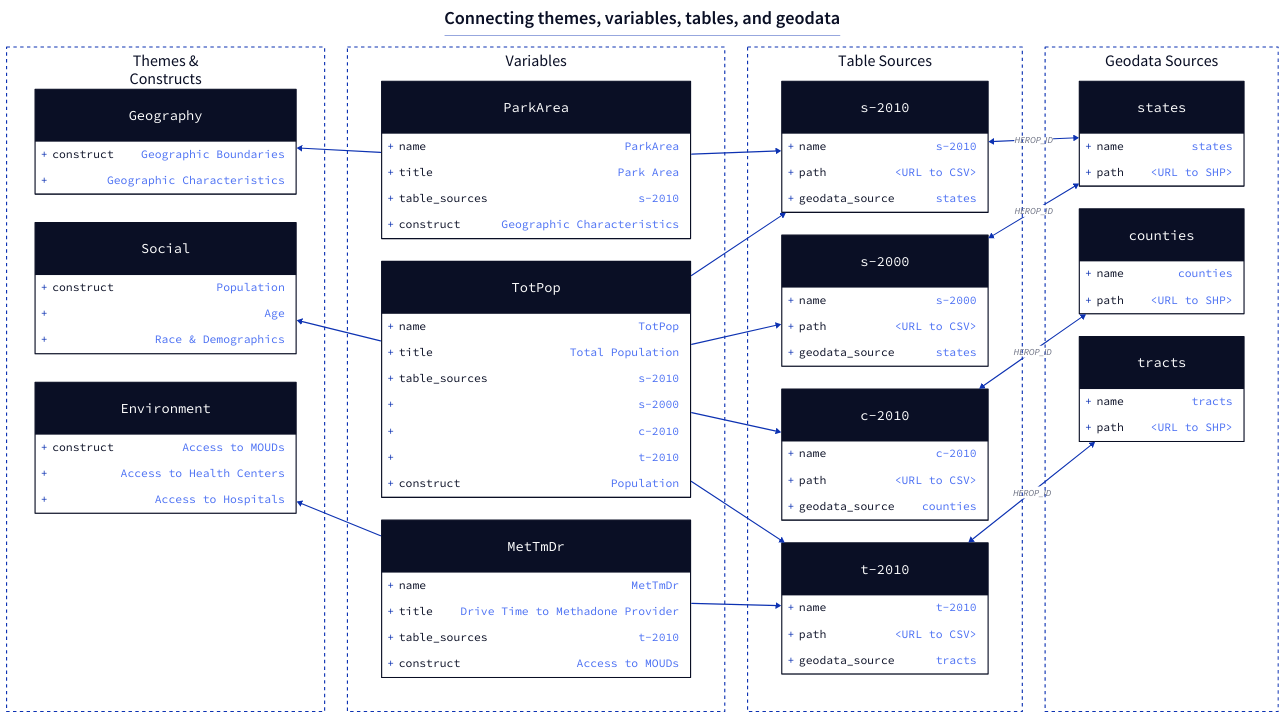
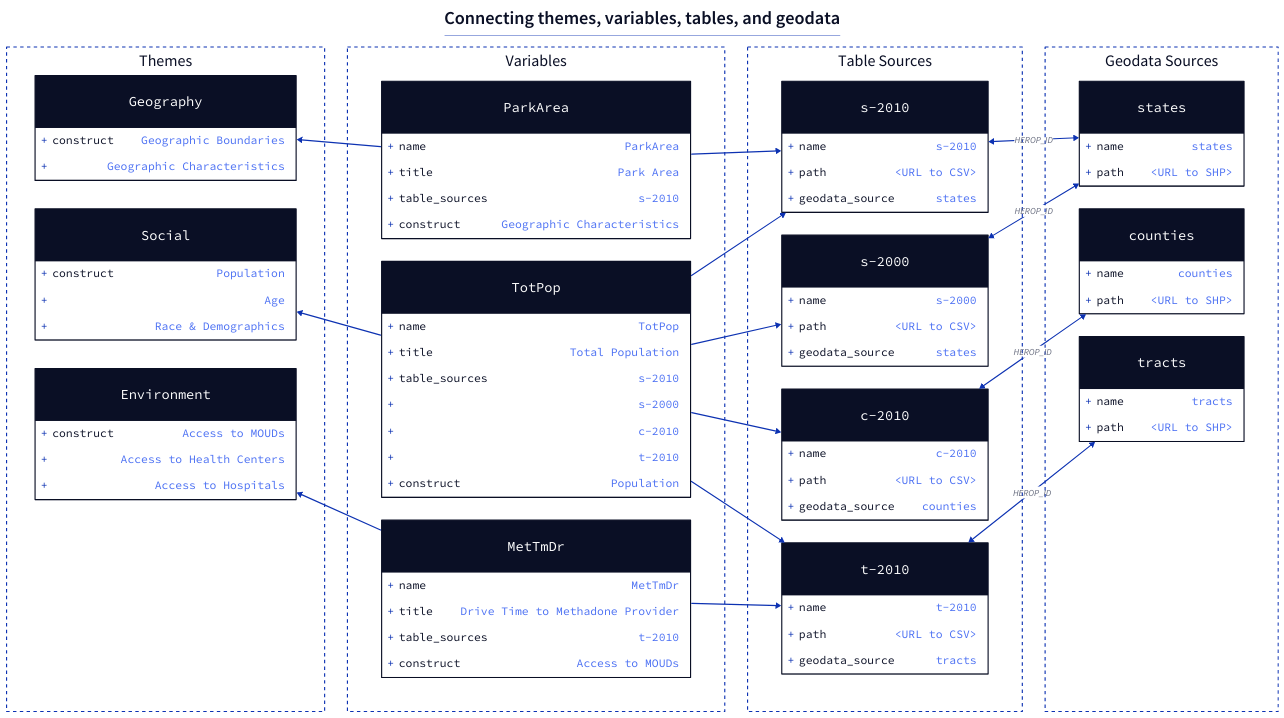
One commit to healthyregions/oeps changed the diagram in docs/img/registry-complex.d2. Above: the diagram before and after it, drawn with D2. The commit also changed 4 other files, not shown here.

```diff
--- a/docs/img/registry-complex.d2
+++ b/docs/img/registry-complex.d2
@@ -1,137 +1,137 @@
 # d2 ./registry-complex.d2 registry-complex.png --pad 25
 
 direction: right
 grid-columns: 4
 classes: {
     container: {
         style: {
             fill: transparent
             stroke-dash: 3
         }
     }
 }
 title: |md
 
   # Connecting themes, variables, tables, and geodata
 | {near: top-center}
 
-tc: Themes &\nConstructs {
+tc: Themes {
     class: container
     grid-rows: 3
     grid-gap: 50
 }
 v: Variables {
     class: container
     grid-rows: 3
 }
 t: Table Sources {
     class: container
     grid-rows: 4
 }
 g: Geodata Sources {
     class: container
     grid-rows: 3
 }
 
 tc.Geography: {
     shape: class
     construct: Geographic Boundaries
     "": Geographic Characteristics
 }
 tc.Social: {
     shape: class
     construct: Population
     "": Age
     " ": Race & Demographics
 }
 tc.Environment: {
     shape: class
     construct: Access to MOUDs
     "": Access to Health Centers
     " ": Access to Hospitals
 }
 
 v.ParkArea: {
     shape: class
     name: ParkArea
     title: Park Area
     table_sources: s-2010
     construct: Geographic Characteristics
 }
 
 v.TotPop: {
     shape: class
     name: TotPop
     title: Total Population
     table_sources: s-2010
     "": s-2000
     " ": c-2010
     "  ": t-2010
     construct: Population
 }
 
 v.MetTmDr: {
     shape: class
     name: MetTmDr
     title: Drive Time to Methadone Provider
     table_sources: t-2010
     construct: Access to MOUDs
 }
 
 t.s-2010: {
     shape: class
     name: s-2010
     path: <URL to CSV>
     geodata_source: states
 
 }
 t.s-2000: {
     shape: class
     name: s-2000
     path: <URL to CSV>
     geodata_source: states
 }
 t.c-2010: {
     shape: class
     name: c-2010
     path: <URL to CSV>
     geodata_source: counties
 }
 t.t-2010: {
     shape: class
     name: t-2010
     path: <URL to CSV>
     geodata_source: tracts
 }
 
 g.s: states {
     shape: class
     name: states
     path: <URL to SHP>
 }
 g.c: counties {
     shape: class
     name: counties
     path: <URL to SHP>
 }
 g.t: tracts {
     shape: class
     name: tracts
     path: <URL to SHP>
 }
 
 t.s-2010 <-> g.s: HEROP_ID
 t.s-2000 <-> g.s: HEROP_ID
 t.c-2010 <-> g.c: HEROP_ID
 t.t-2010 <-> g.t: HEROP_ID
 
 v.ParkArea -> t.s-2010
 v.TotPop -> t.s-2010
 v.TotPop -> t.s-2000
 v.TotPop -> t.c-2010
 v.TotPop -> t.t-2010
 v.MetTmDr -> t.t-2010
 
 v.ParkArea -> tc.Geography
 v.TotPop -> tc.Social
 v.MetTmDr -> tc.Environment
```
